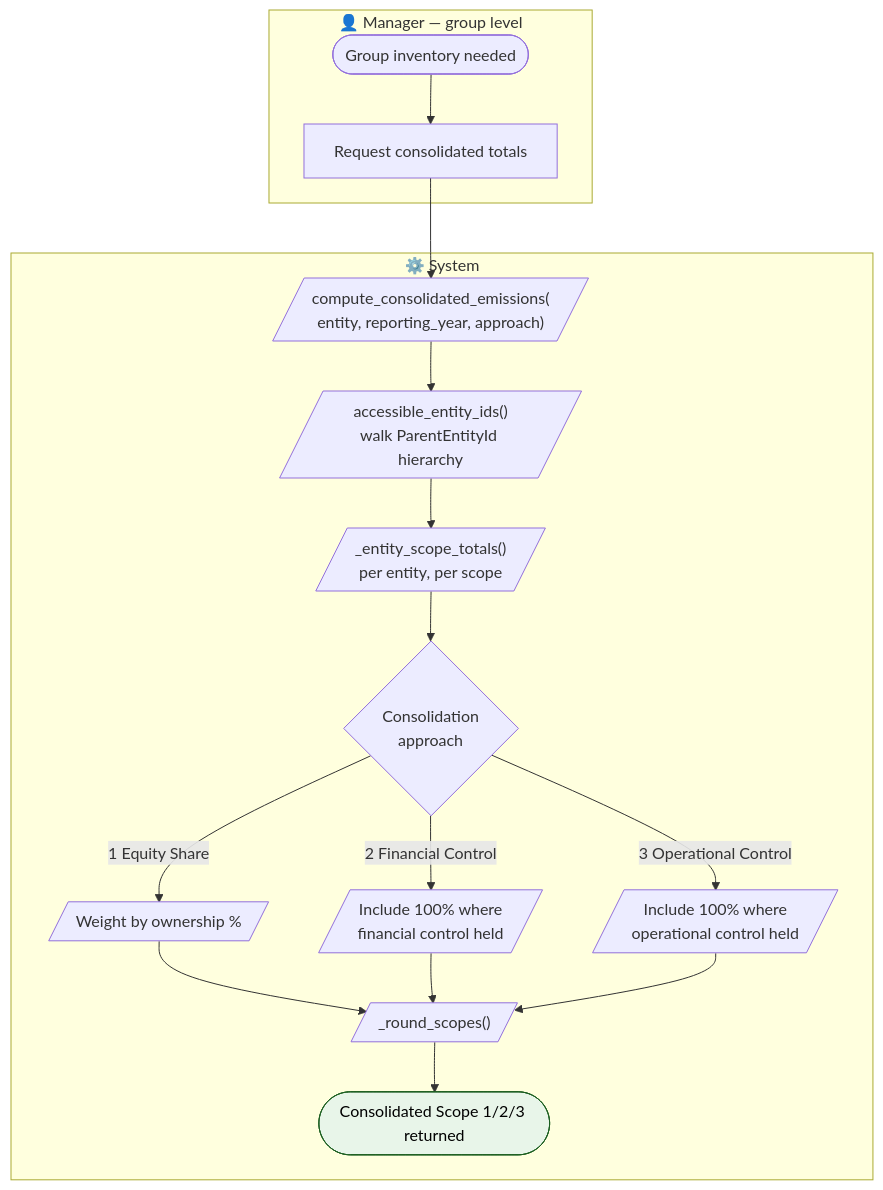
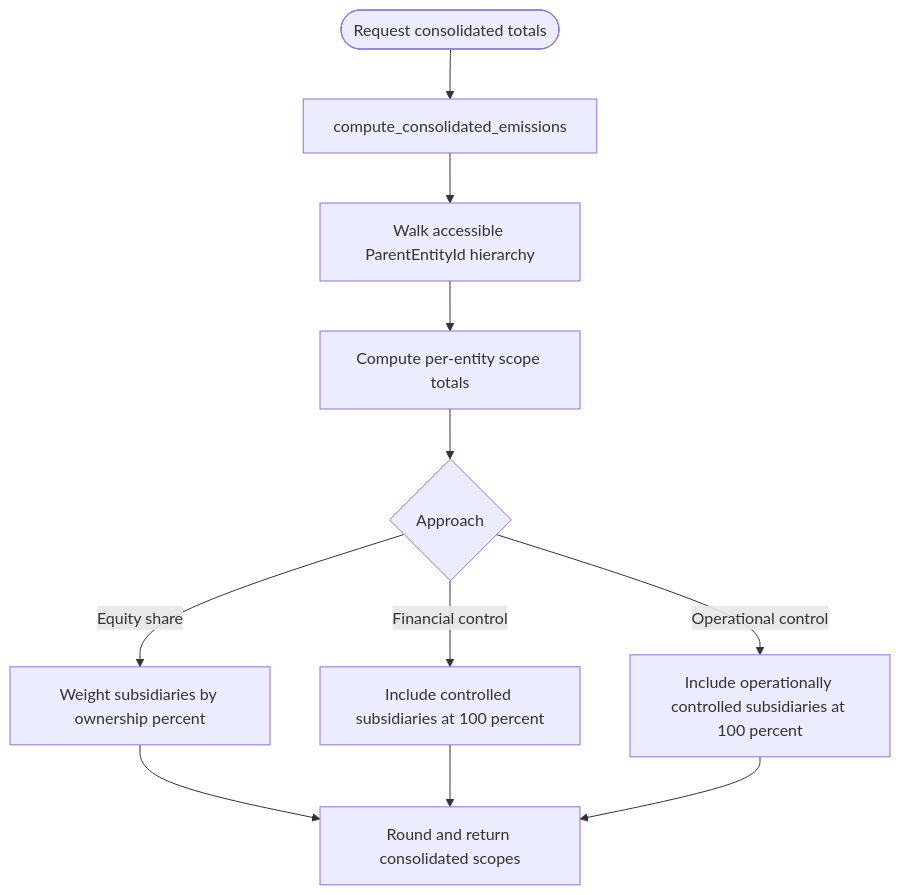
The fifth of 5 diagrams in docs/diagrams/bpmn/03-inventory-verification.md (Software-Lifecycle-Consultants/SusDevOS-Pro), drawn with Mermaid before and after one commit. The commit also changed other lines of this file and 13 other files, not shown here.

First line of the commit message:
docs: update stories and diagrams for the inventory lifecycle

````diff
--- a/docs/diagrams/bpmn/03-inventory-verification.md
+++ b/docs/diagrams/bpmn/03-inventory-verification.md
@@ -117,22 +170,13 @@
 ```mermaid
 flowchart TB
-    subgraph C1["👤 Manager — group level"]
-        A([Group inventory needed]) --> B[Request consolidated totals]
-    end
-
-    subgraph C2["⚙️ System"]
-        B --> C[/"compute_consolidated_emissions(<br/>entity, reporting_year, approach)"/]
-        C --> D[/"accessible_entity_ids()<br/>walk ParentEntityId hierarchy"/]
-        D --> E[/"_entity_scope_totals()<br/>per entity, per scope"/]
-        E --> F{"Consolidation<br/>approach"}
-        F -->|"1 Equity Share"| G[/"Weight by ownership %"/]
-        F -->|"2 Financial Control"| H[/"Include 100% where<br/>financial control held"/]
-        F -->|"3 Operational Control"| I[/"Include 100% where<br/>operational control held"/]
-        G --> J[/"_round_scopes()"/]
-        H --> J
-        I --> J
-        J --> K([Consolidated Scope 1/2/3 returned])
-    end
-
-    style K fill:#e8f5e9,stroke:#1b5e20,color:#000
+    A([Request consolidated totals]) --> B[compute_consolidated_emissions]
+    B --> C[Walk accessible ParentEntityId hierarchy]
+    C --> D[Compute per-entity scope totals]
+    D --> E{"Approach"}
+    E -->|"Equity share"| F[Weight subsidiaries by ownership percent]
+    E -->|"Financial control"| G[Include controlled subsidiaries at 100 percent]
+    E -->|"Operational control"| H[Include operationally controlled subsidiaries at 100 percent]
+    F --> I[Round and return consolidated scopes]
+    G --> I
+    H --> I
 ```
````
